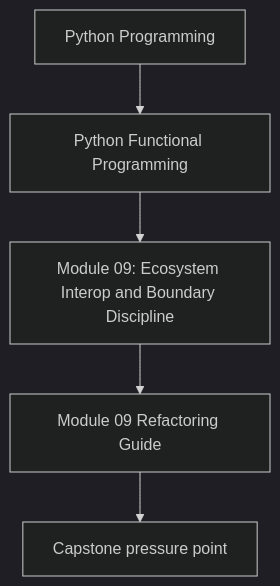
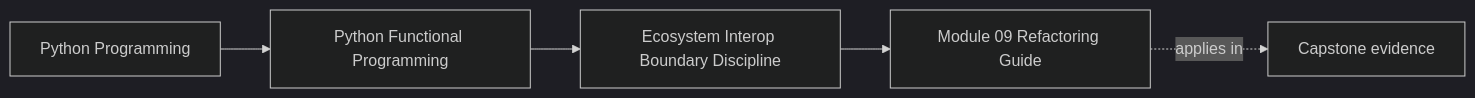
Before and after one commit to bijux/bijux-masterclass: the first of 2 diagrams in programs/python-programming/python-functional-programming/course-book/module-09-ecosystem-interop-boundary-discipline/refactoring-guide.md, drawn with Mermaid (dark theme). The commit also changed other lines of this file and 108 other files, not shown here.

Commit message:
docs(python-functional-programming): map capstone and advanced design surfaces

````diff
--- a/programs/python-programming/python-functional-programming/course-book/module-09-ecosystem-interop-boundary-discipline/refactoring-guide.md
+++ b/programs/python-programming/python-functional-programming/course-book/module-09-ecosystem-interop-boundary-discipline/refactoring-guide.md
@@ -7,7 +7,11 @@
 ```mermaid
-flowchart TD
-  family["Python Programming"] --> program["Python Functional Programming"]
-  program --> module["Module 09: Ecosystem Interop and Boundary Discipline"]
-  module --> concept["Module 09 Refactoring Guide"]
-  concept --> capstone["Capstone pressure point"]
+graph LR
+  family["Python Programming"]
+  program["Python Functional Programming"]
+  section["Ecosystem Interop Boundary Discipline"]
+  page["Module 09 Refactoring Guide"]
+  capstone["Capstone evidence"]
+
+  family --> program --> section --> page
+  page -.applies in.-> capstone
 ```
````
